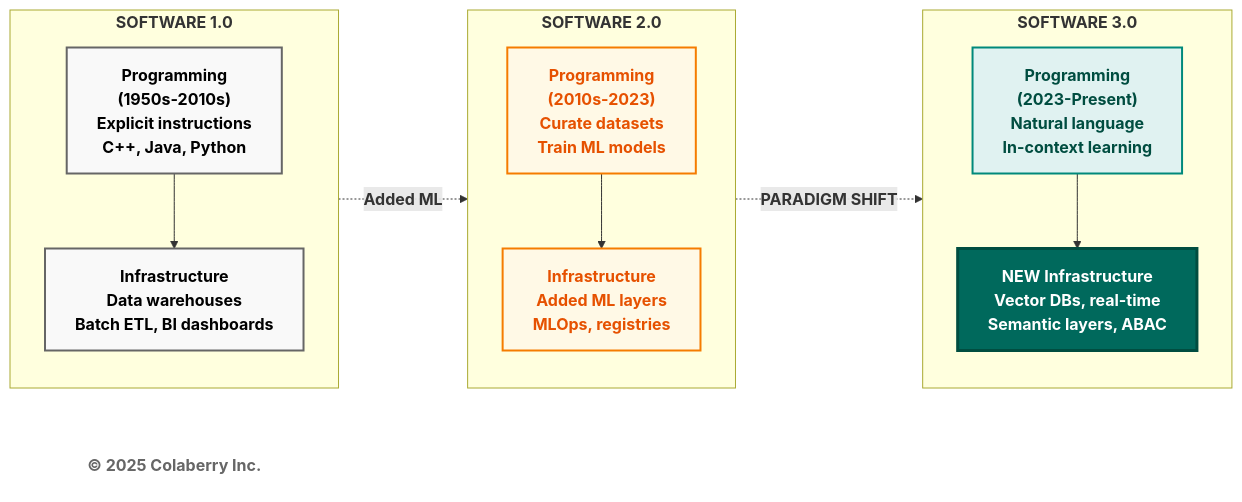
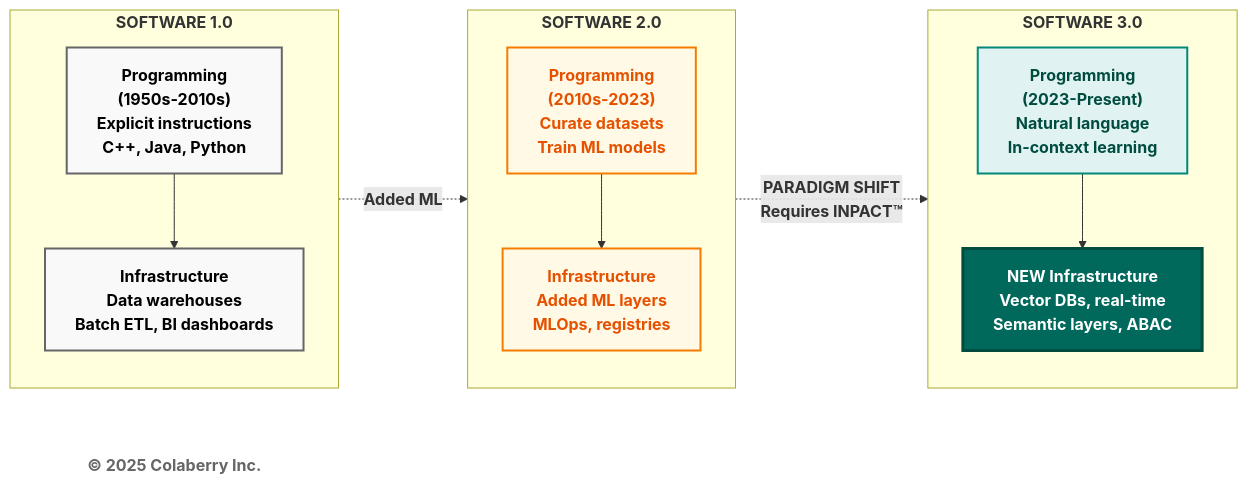
One commit to saitejesh-cyber/trust-before-intelligence-book changed the first of 3 diagrams in manuscript/chapter_3_from_bi_to_agent_v2_5.md. Above: the diagram before and after it, drawn with Mermaid. The commit also changed other lines of this file, not shown here.

````diff
--- a/manuscript/chapter_3_from_bi_to_agent_v2_5.md
+++ b/manuscript/chapter_3_from_bi_to_agent_v2_5.md
@@ -98,42 +98,42 @@
 ```mermaid
 graph LR
     subgraph era1["<b>SOFTWARE 1.0</b>"]
         direction TB
         P1["<b>Programming</b><br/><b>(1950s-2010s)</b><br/><b>Explicit instructions</b><br/><b>C++, Java, Python</b>"]
         I1["<b>Infrastructure</b><br/><b>Data warehouses</b><br/><b>Batch ETL, BI dashboards</b>"]
         P1 --> I1
     end
     
     subgraph era2["<b>SOFTWARE 2.0</b>"]
         direction TB
         P2["<b>Programming</b><br/><b>(2010s-2023)</b><br/><b>Curate datasets</b><br/><b>Train ML models</b>"]
         I2["<b>Infrastructure</b><br/><b>Added ML layers</b><br/><b>MLOps, registries</b>"]
         P2 --> I2
     end
     
     subgraph era3["<b>SOFTWARE 3.0</b>"]
         direction TB
         P3["<b>Programming</b><br/><b>(2023-Present)</b><br/><b>Natural language</b><br/><b>In-context learning</b>"]
         I3["<b>NEW Infrastructure</b><br/><b>Vector DBs, real-time</b><br/><b>Semantic layers, ABAC</b>"]
         P3 --> I3
     end
     
     Copyright["<b>© 2025 Colaberry Inc.</b>"]
     
     era1 -.->|<b>Added ML</b>| era2
-    era2 -.->|<b>PARADIGM SHIFT</b>| era3
+    era2 -.->|<b>PARADIGM SHIFT <br> Requires INPACT™ </b>| era3
     
     %% Era 1 - Neutral/Gray (Old)
     style P1 fill:#f9f9f9,stroke:#666666,stroke-width:2px,color:#000000
     style I1 fill:#f9f9f9,stroke:#666666,stroke-width:2px,color:#000000
     
     %% Era 2 - Orange (Transition/ML Addition)
     style P2 fill:#fff9e6,stroke:#f57c00,stroke-width:2px,color:#e65100
     style I2 fill:#fff9e6,stroke:#f57c00,stroke-width:2px,color:#e65100
     
     %% Era 3 - Teal (Modern/Agent-Ready)
     style P3 fill:#e0f2f1,stroke:#00897b,stroke-width:2px,color:#004d40
     style I3 fill:#00695c,color:#ffffff,stroke:#004d40,stroke-width:3px
     
     style Copyright fill:#ffffff,stroke:none,color:#666666
 ```
````
